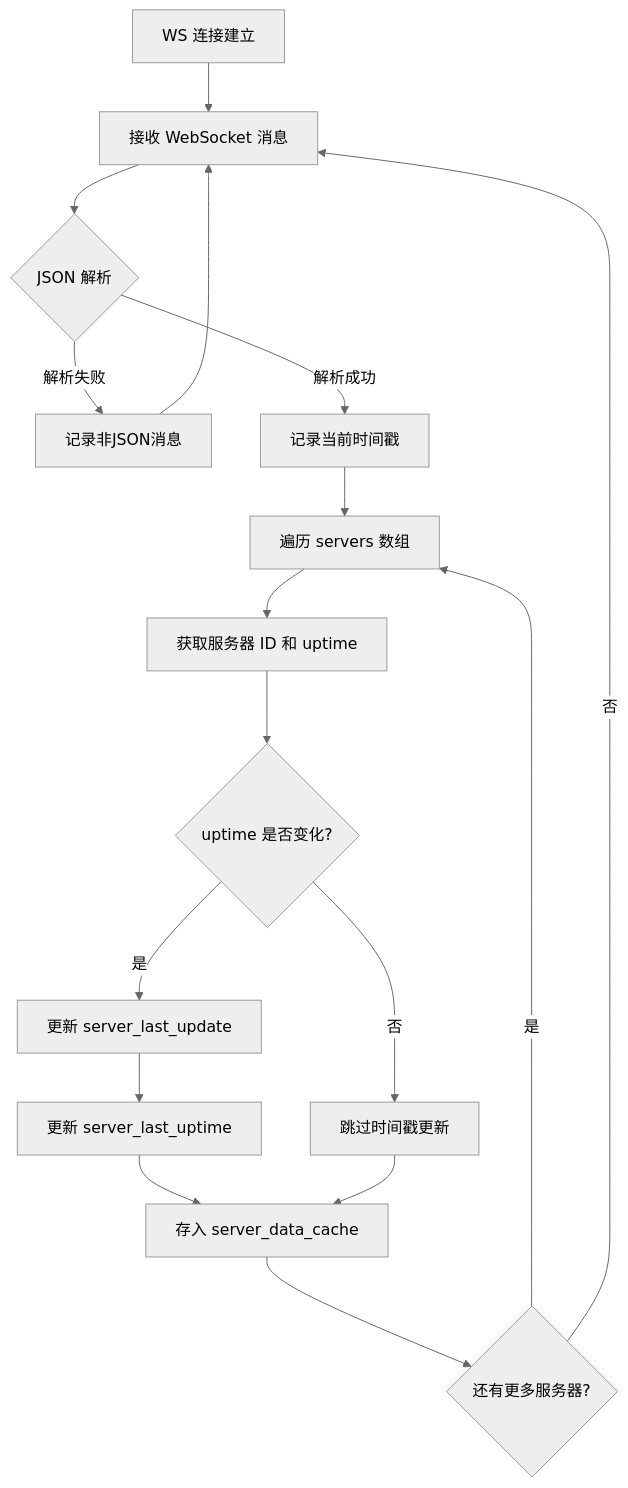
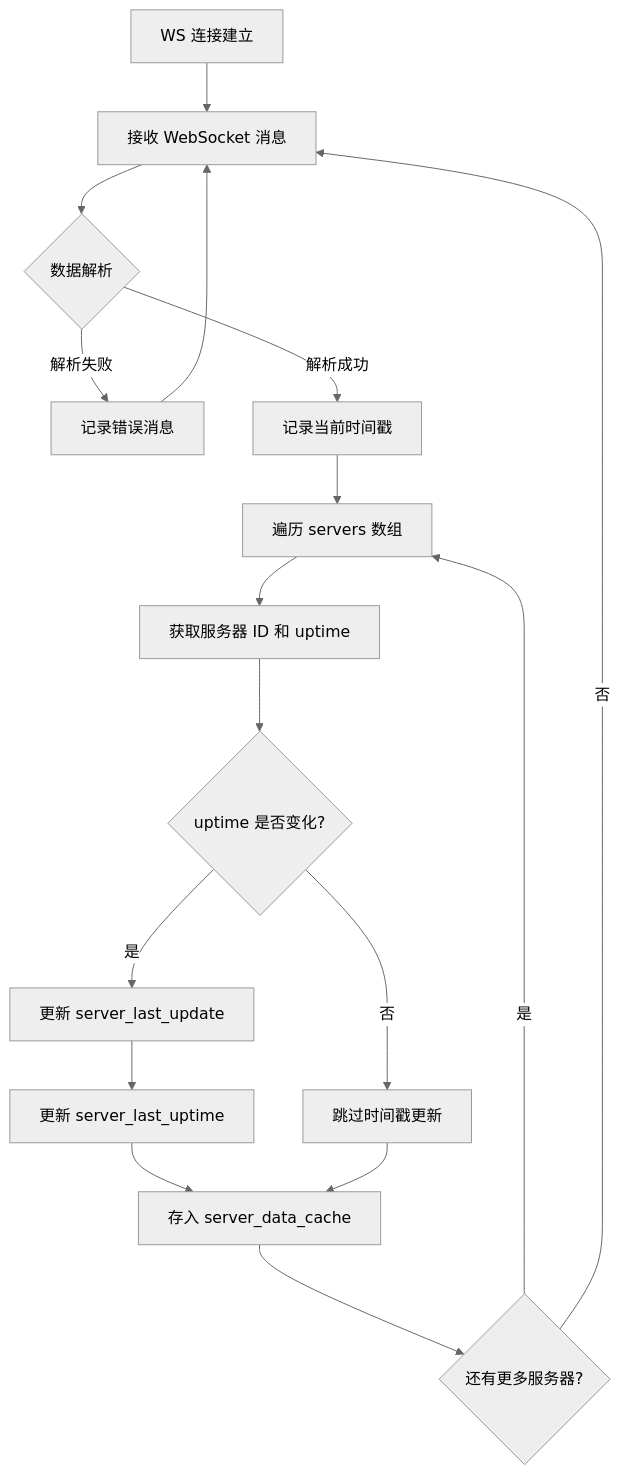
One commit to Moeyuuko/nezhaV1-exporter changed the third of 9 diagrams in nezha-exporter.md. Above: the diagram before and after it, drawn with Mermaid (neutral theme). The commit also changed other lines of this file and 4 other files, not shown here.

````diff
--- a/nezha-exporter.md
+++ b/nezha-exporter.md
@@ -92,19 +102,19 @@
 ```mermaid
 flowchart TD
     A["WS 连接建立"] --> B["接收 WebSocket 消息"]
-    B --> C{"JSON 解析"}
-    C -- "解析失败" --> E["记录非JSON消息"]
+    B --> C{"数据解析"}
+    C -- "解析失败" --> E["记录错误消息"]
     E --> B
     C -- "解析成功" --> D["记录当前时间戳"]
     D --> F["遍历 servers 数组"]
     F --> G["获取服务器 ID 和 uptime"]
     G --> G0{"uptime 是否变化?"}
     G0 -- "是" --> G1["更新 server_last_update"]
     G0 -- "否" --> G2["跳过时间戳更新"]
     G1 --> G3["更新 server_last_uptime"]
     G3 --> G4["存入 server_data_cache"]
     G2 --> G4
     G4 --> H{"还有更多服务器?"}
     H -- "是" --> F
     H -- "否" --> B
 ```
````
